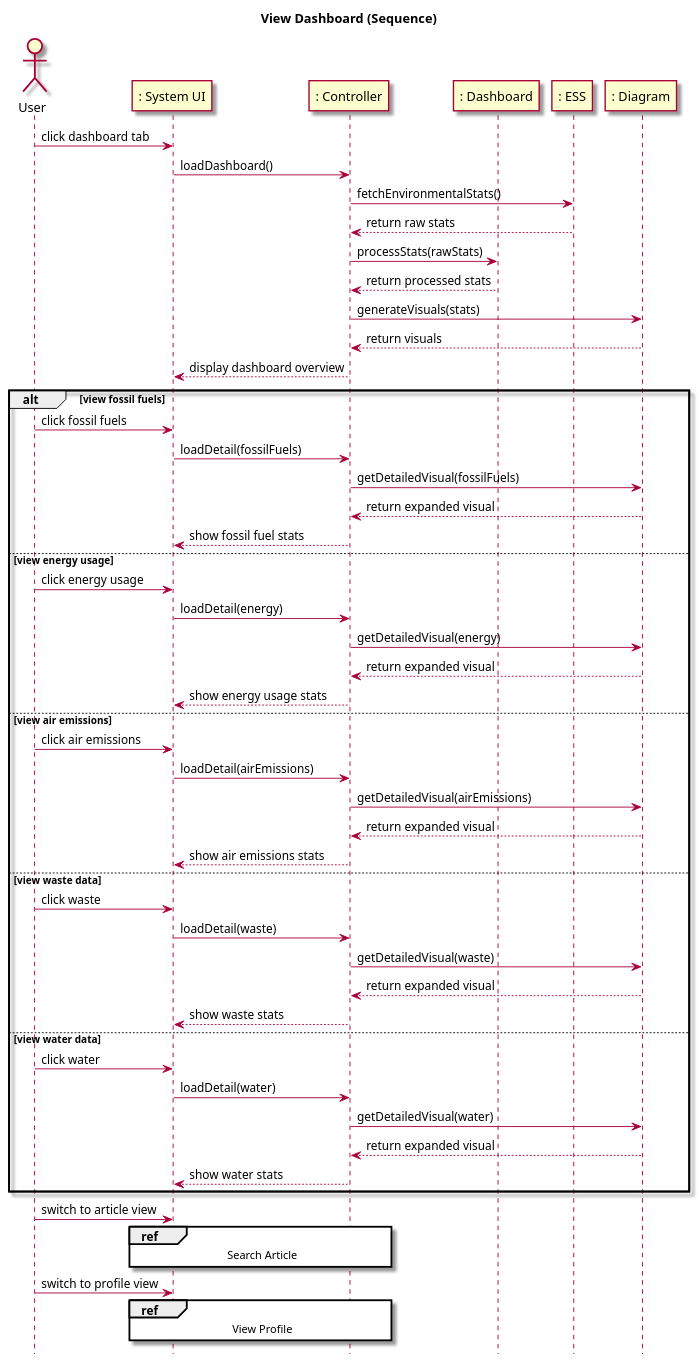
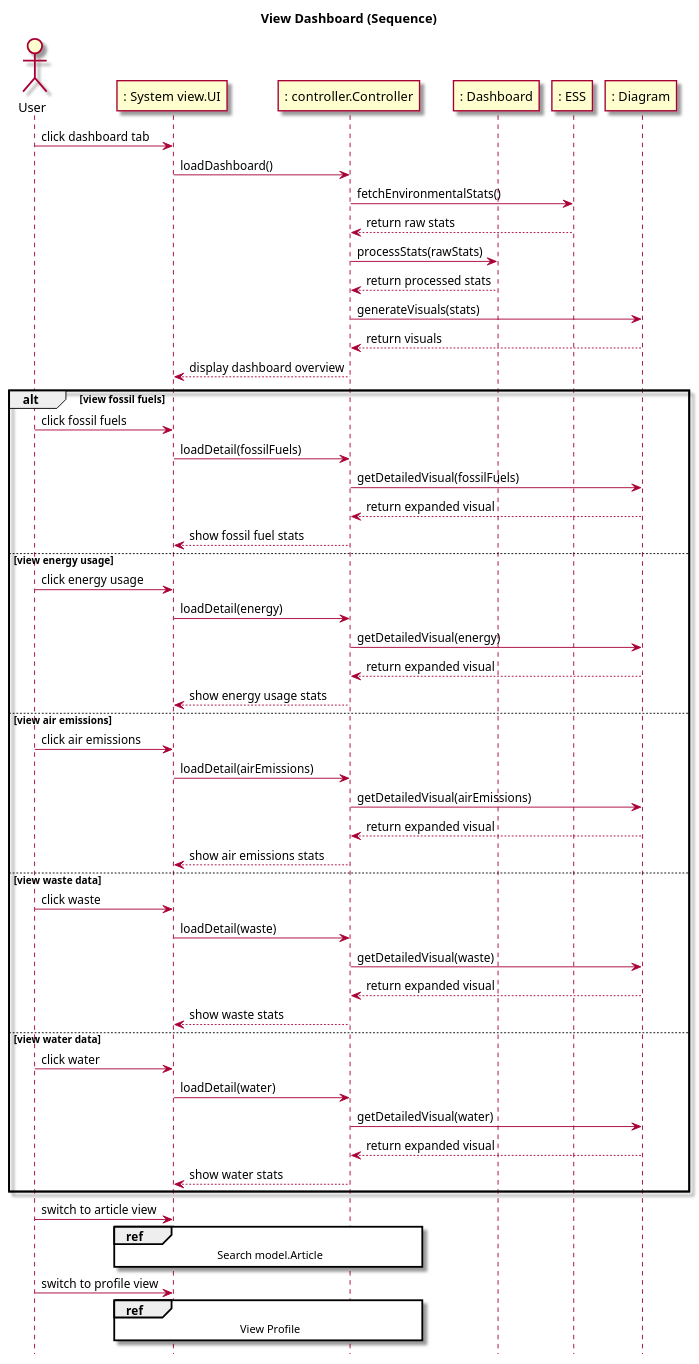
One commit to owhitleym-ui/EcoScoop changed the second of 2 diagrams in intellij/doc/use-cases/view-dashboard.md. Above: the diagram before and after it, drawn with PlantUML. The commit also changed other lines of this file and 72 other files, not shown here.

Commit message:
Refactored Code to Implemented Model View Controller

````diff
--- a/intellij/doc/use-cases/view-dashboard.md
+++ b/intellij/doc/use-cases/view-dashboard.md
@@ -86,72 +86,72 @@
 ```plantuml
 @startuml
 skin rose
 hide footbox
 title View Dashboard (Sequence)
 
 actor User
-participant ": System UI" as UI
-participant ": Controller" as Controller
+participant ": System view.UI" as view.UI
+participant ": controller.Controller" as controller.Controller
 participant ": Dashboard" as Dashboard
 participant ": ESS" as ESS
 participant ": Diagram" as Diagram
 
-User -> UI : click dashboard tab
-UI -> Controller : loadDashboard()
-Controller -> ESS : fetchEnvironmentalStats()
-ESS --> Controller : return raw stats
-Controller -> Dashboard : processStats(rawStats)
-Dashboard --> Controller : return processed stats
-Controller -> Diagram : generateVisuals(stats)
-Diagram --> Controller : return visuals
-Controller --> UI : display dashboard overview
+User -> view.UI : click dashboard tab
+view.UI -> controller.Controller : loadDashboard()
+controller.Controller -> ESS : fetchEnvironmentalStats()
+ESS --> controller.Controller : return raw stats
+controller.Controller -> Dashboard : processStats(rawStats)
+Dashboard --> controller.Controller : return processed stats
+controller.Controller -> Diagram : generateVisuals(stats)
+Diagram --> controller.Controller : return visuals
+controller.Controller --> view.UI : display dashboard overview
 
 alt view fossil fuels
-    User -> UI : click fossil fuels
-    UI -> Controller : loadDetail(fossilFuels)
-    Controller -> Diagram : getDetailedVisual(fossilFuels)
-    Diagram --> Controller : return expanded visual
-    Controller --> UI : show fossil fuel stats
+    User -> view.UI : click fossil fuels
+    view.UI -> controller.Controller : loadDetail(fossilFuels)
+    controller.Controller -> Diagram : getDetailedVisual(fossilFuels)
+    Diagram --> controller.Controller : return expanded visual
+    controller.Controller --> view.UI : show fossil fuel stats
 
 else view energy usage
-    User -> UI : click energy usage
-    UI -> Controller : loadDetail(energy)
-    Controller -> Diagram : getDetailedVisual(energy)
-    Diagram --> Controller : return expanded visual
-    Controller --> UI : show energy usage stats
+    User -> view.UI : click energy usage
+    view.UI -> controller.Controller : loadDetail(energy)
+    controller.Controller -> Diagram : getDetailedVisual(energy)
+    Diagram --> controller.Controller : return expanded visual
+    controller.Controller --> view.UI : show energy usage stats
 
 else view air emissions
-    User -> UI : click air emissions
-    UI -> Controller : loadDetail(airEmissions)
-    Controller -> Diagram : getDetailedVisual(airEmissions)
-    Diagram --> Controller : return expanded visual
-    Controller --> UI : show air emissions stats
+    User -> view.UI : click air emissions
+    view.UI -> controller.Controller : loadDetail(airEmissions)
+    controller.Controller -> Diagram : getDetailedVisual(airEmissions)
+    Diagram --> controller.Controller : return expanded visual
+    controller.Controller --> view.UI : show air emissions stats
 
 else view waste data
-    User -> UI : click waste
-    UI -> Controller : loadDetail(waste)
-    Controller -> Diagram : getDetailedVisual(waste)
-    Diagram --> Controller : return expanded visual
-    Controller --> UI : show waste stats
+    User -> view.UI : click waste
+    view.UI -> controller.Controller : loadDetail(waste)
+    controller.Controller -> Diagram : getDetailedVisual(waste)
+    Diagram --> controller.Controller : return expanded visual
+    controller.Controller --> view.UI : show waste stats
 
 else view water data
-    User -> UI : click water
-    UI -> Controller : loadDetail(water)
-    Controller -> Diagram : getDetailedVisual(water)
-    Diagram --> Controller : return expanded visual
-    Controller --> UI : show water stats
+    User -> view.UI : click water
+    view.UI -> controller.Controller : loadDetail(water)
+    controller.Controller -> Diagram : getDetailedVisual(water)
+    Diagram --> controller.Controller : return expanded visual
+    controller.Controller --> view.UI : show water stats
 end
-User -> UI : switch to article view
+User -> view.UI : switch to article view
 
-ref over UI, Controller
-    Search Article
+ref over view.UI, controller.Controller
+    Search model.Article
 end ref
 
-User -> UI : switch to profile view
+User -> view.UI : switch to profile view
 
-ref over UI, Controller
+ref over view.UI, controller.Controller
     View Profile
 end ref
 
 @enduml
 ```
````
